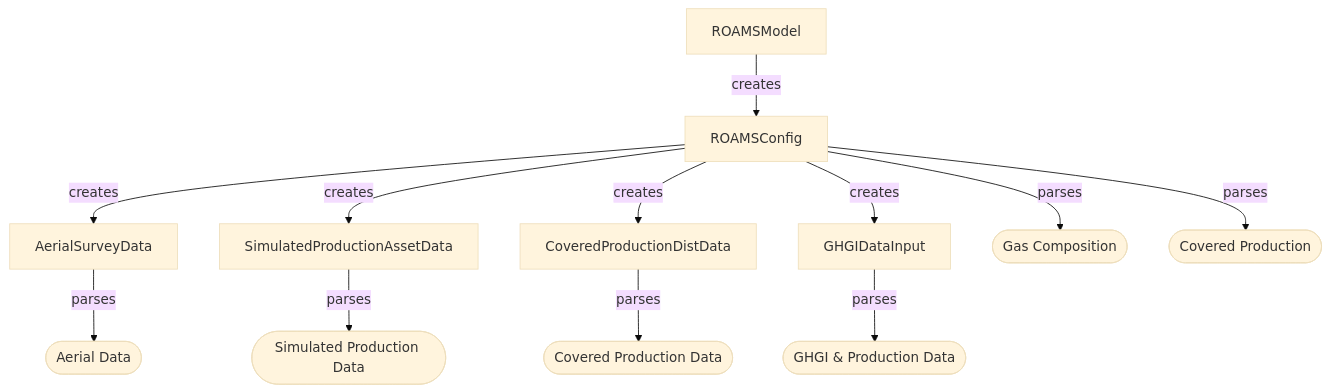
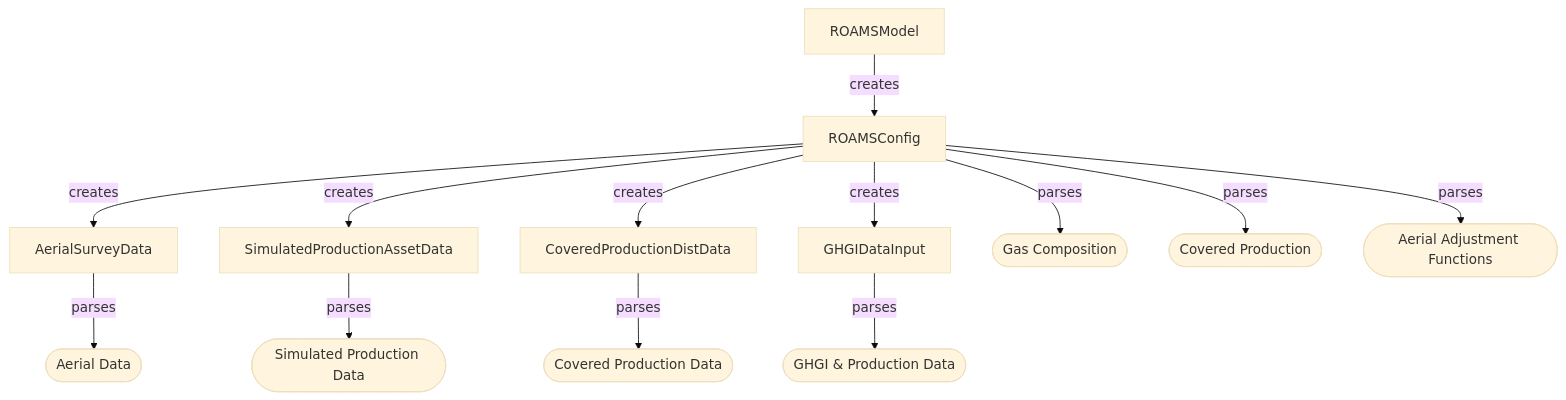
The first of 3 diagrams in docs/implementation.md (LBNL-ETA/ROAMS), drawn with Mermaid (base theme) before and after one commit. The commit also changed other lines of this file and 3 other files, not shown here.

````diff
--- a/docs/implementation.md
+++ b/docs/implementation.md
@@ -38,14 +40,15 @@
 ```mermaid
 graph TD;
     Z[ROAMSModel]                   --> |creates| A[ROAMSConfig]
     A[ROAMSConfig]                  --> |creates| B[AerialSurveyData]
     A[ROAMSConfig]                  --> |creates| C[SimulatedProductionAssetData]
     A[ROAMSConfig]                  --> |creates| D[CoveredProductionDistData]
     A[ROAMSConfig]                  --> |creates| E[GHGIDataInput]
     A[ROAMSConfig]                  --> |parses| J([Gas Composition])
     A[ROAMSConfig]                  --> |parses| K([Covered Production])
+    A[ROAMSConfig]                  --> |parses| L([Aerial Adjustment Functions])
     B[AerialSurveyData]             --> |parses| F([Aerial Data])
     C[SimulatedProductionAssetData] --> |parses| G([Simulated Production Data])
     D[CoveredProductionDistData]    --> |parses| H([Covered Production Data])
     E[GHGIDataInput]                --> |parses| I([GHGI & Production Data])
 ```
````
